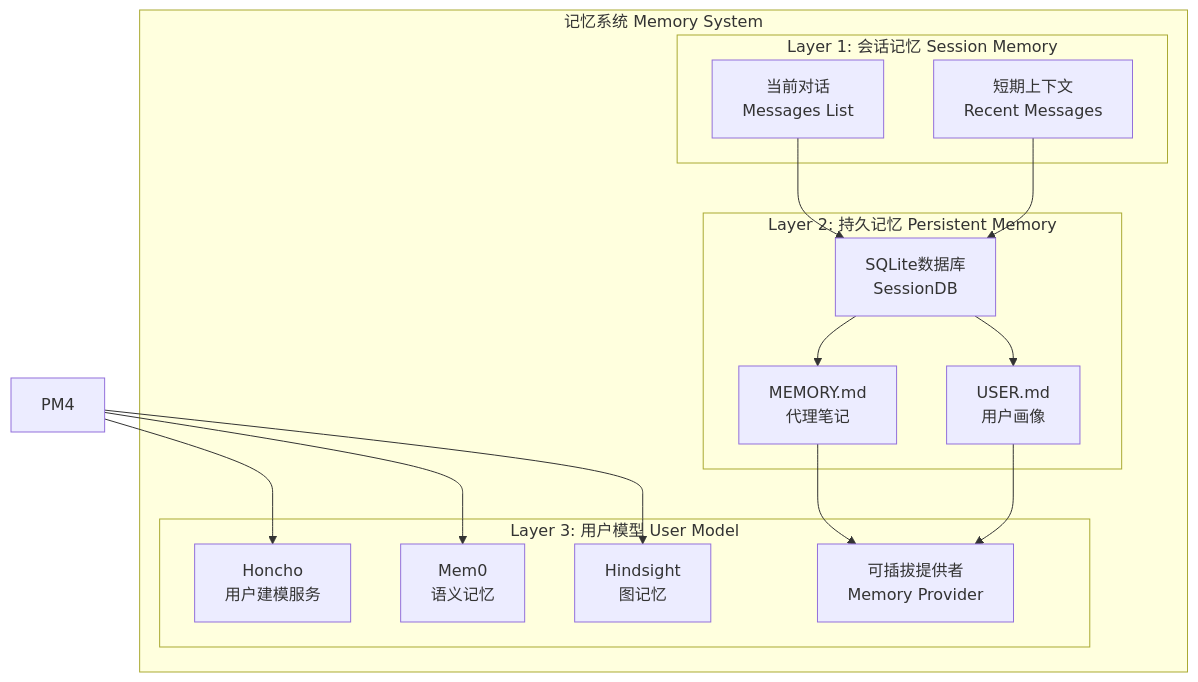
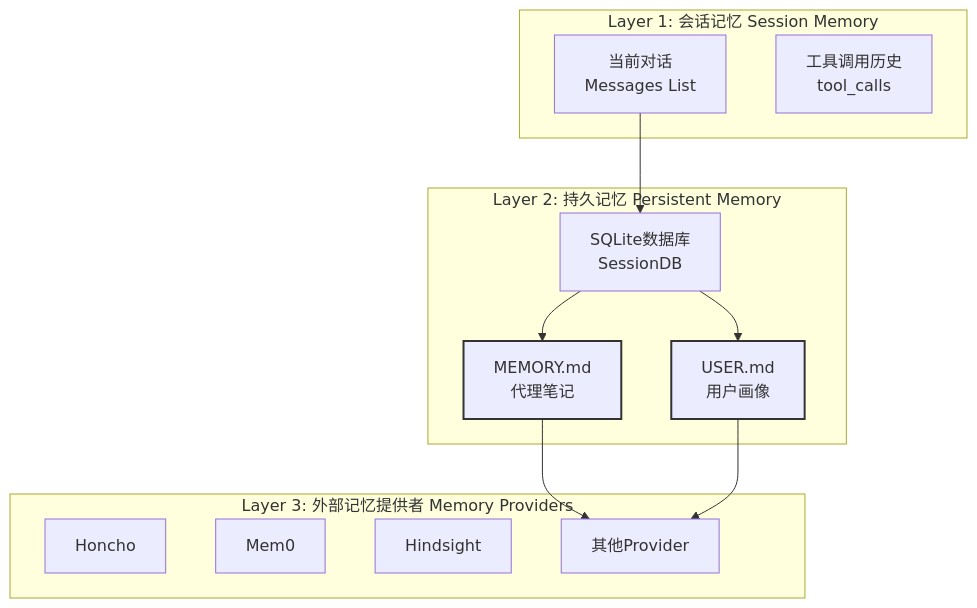
Before and after one commit to wenyuexin/MachineLearning: the first of 2 diagrams in agent/08-projects/hermes-agent/4. 记忆系统.md, drawn with Mermaid. The commit also changed other lines of this file and 10 other files, not shown here.

````diff
--- a/agent/08-projects/hermes-agent/4. 记忆系统.md
+++ b/agent/08-projects/hermes-agent/4. 记忆系统.md
@@ -8,34 +20,29 @@
 ```mermaid
 flowchart TB
-    subgraph "记忆系统 Memory System"
-        subgraph "Layer 1: 会话记忆 Session Memory"
-            SM1[当前对话<br/>Messages List]
-            SM2[短期上下文<br/>Recent Messages]
-        end
+    subgraph "Layer 1: 会话记忆 Session Memory"
+        SM1[当前对话<br/>Messages List]
+        SM2[工具调用历史<br/>tool_calls]
+    end
 
-        subgraph "Layer 2: 持久记忆 Persistent Memory"
-            PM1[MEMORY.md<br/>代理笔记]
-            PM2[USER.md<br/>用户画像]
-            PM3[SQLite数据库<br/>SessionDB]
-        end
+    subgraph "Layer 2: 持久记忆 Persistent Memory"
+        PM1[MEMORY.md<br/>代理笔记]
+        PM2[USER.md<br/>用户画像]
+        PM3[SQLite数据库<br/>SessionDB]
+    end
 
-        subgraph "Layer 3: 用户模型 User Model"
-            UM1[Honcho<br/>用户建模服务]
-            UM2[Mem0<br/>语义记忆]
-            UM3[Hindsight<br/>图记忆]
-            UM4[可插拔提供者<br/>Memory Provider]
-        end
+    subgraph "Layer 3: 外部记忆提供者 Memory Providers"
+        UM1[Honcho]
+        UM2[Mem0]
+        UM3[Hindsight]
+        UM4[其他Provider]
     end
 
     SM1 --> PM3
-    SM2 --> PM3
     PM3 --> PM1
     PM3 --> PM2
-
     PM1 --> UM4
     PM2 --> UM4
-    PM4 --> UM1
-    PM4 --> UM2
-    PM4 --> UM3
 
+    style PM1 stroke:#333,stroke-width:2px
+    style PM2 stroke:#333,stroke-width:2px
 ```
````
